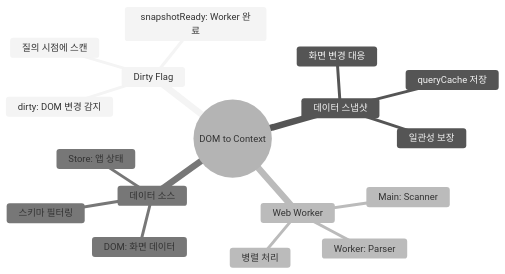
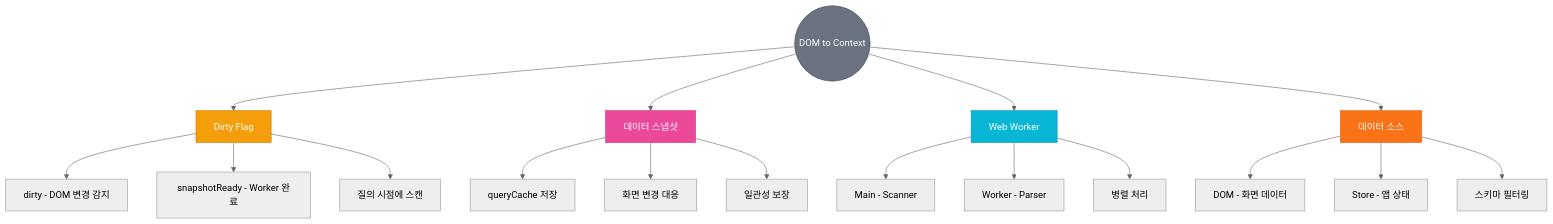
Before and after one commit to opsnow-ai-innovation/opsnow-copilot: the eighth of 8 diagrams in design/copilot_dom_to_context.md, drawn with Mermaid (neutral theme).

Commit message:
텍스트가 너무 어두어 잘 안보이는 부분 변경

````diff
--- a/design/copilot_dom_to_context.md
+++ b/design/copilot_dom_to_context.md
@@ -829,20 +829,31 @@
 ```mermaid
-mindmap
-  root((DOM to Context))
-    Dirty Flag
-      dirty: DOM 변경 감지
-      snapshotReady: Worker 완료
-      질의 시점에 스캔
-    데이터 스냅샷
-      queryCache 저장
-      화면 변경 대응
-      일관성 보장
-    Web Worker
-      Main: Scanner
-      Worker: Parser
-      병렬 처리
-    데이터 소스
-      DOM: 화면 데이터
-      Store: 앱 상태
-      스키마 필터링
+flowchart TB
+    ROOT((DOM to Context))
+
+    ROOT --> DF[Dirty Flag]
+    ROOT --> DS[데이터 스냅샷]
+    ROOT --> WW[Web Worker]
+    ROOT --> SRC[데이터 소스]
+
+    DF --> DF1[dirty - DOM 변경 감지]
+    DF --> DF2[snapshotReady - Worker 완료]
+    DF --> DF3[질의 시점에 스캔]
+
+    DS --> DS1[queryCache 저장]
+    DS --> DS2[화면 변경 대응]
+    DS --> DS3[일관성 보장]
+
+    WW --> WW1[Main - Scanner]
+    WW --> WW2[Worker - Parser]
+    WW --> WW3[병렬 처리]
+
+    SRC --> SRC1[DOM - 화면 데이터]
+    SRC --> SRC2[Store - 앱 상태]
+    SRC --> SRC3[스키마 필터링]
+
+    style ROOT fill:#6B7280,stroke:#374151,color:#fff
+    style DF fill:#F59E0B,stroke:#D97706,color:#fff
+    style DS fill:#EC4899,stroke:#DB2777,color:#fff
+    style WW fill:#06B6D4,stroke:#0891B2,color:#fff
+    style SRC fill:#F97316,stroke:#EA580C,color:#fff
 ```
````
